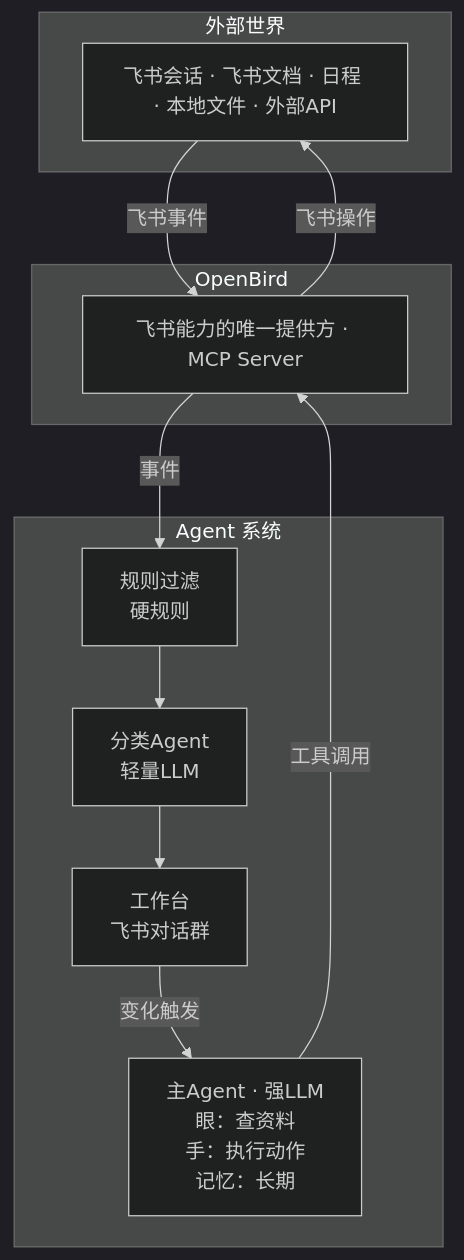
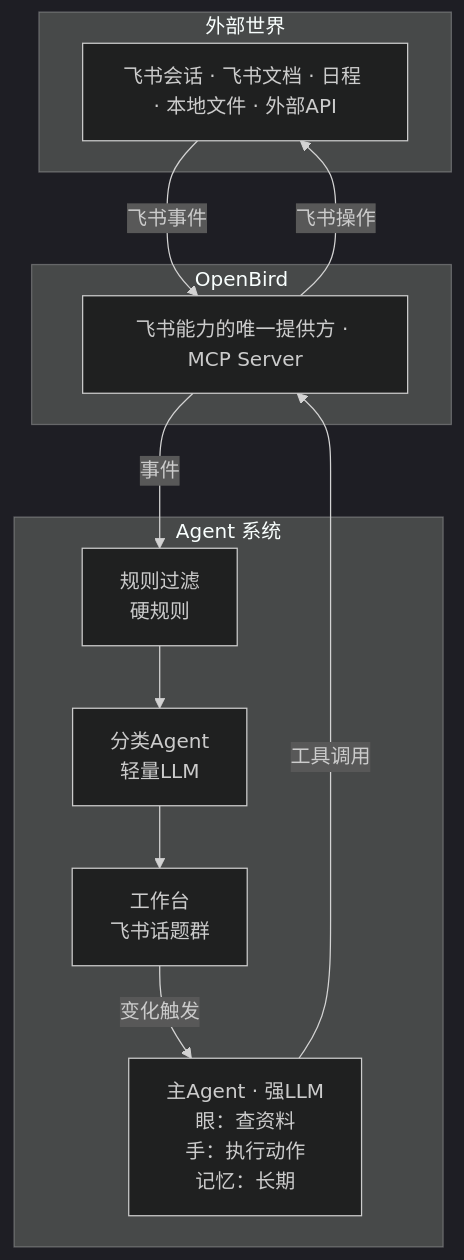
The diagram in oriole/docs/plans/2026-02-25-general-agent-architecture.md (ztxtxwd/openbird-examples), drawn with Mermaid (dark theme) before and after one commit. The commit also changed other lines of this file and 6 other files, not shown here.

````diff
--- a/oriole/docs/plans/2026-02-25-general-agent-architecture.md
+++ b/oriole/docs/plans/2026-02-25-general-agent-architecture.md
@@ -36,20 +36,20 @@
 ```mermaid
 graph TB
     subgraph 外部世界
         A[飞书会话 · 飞书文档 · 日程 · 本地文件 · 外部API]
     end
 
     subgraph OpenBird
         B[飞书能力的唯一提供方 · MCP Server]
     end
 
     subgraph Agent 系统
-        C["规则过滤<br>硬规则"] --> D["分类Agent<br>轻量LLM"] --> E["工作台<br>飞书对话群"]
+        C["规则过滤<br>硬规则"] --> D["分类Agent<br>轻量LLM"] --> E["工作台<br>飞书话题群"]
         E -->|变化触发| F["主Agent · 强LLM<br>眼：查资料<br>手：执行动作<br>记忆：长期"]
     end
 
     A -->|飞书事件| B
     B -->|事件| C
     F -->|工具调用| B
     B -->|飞书操作| A
 ```
````
